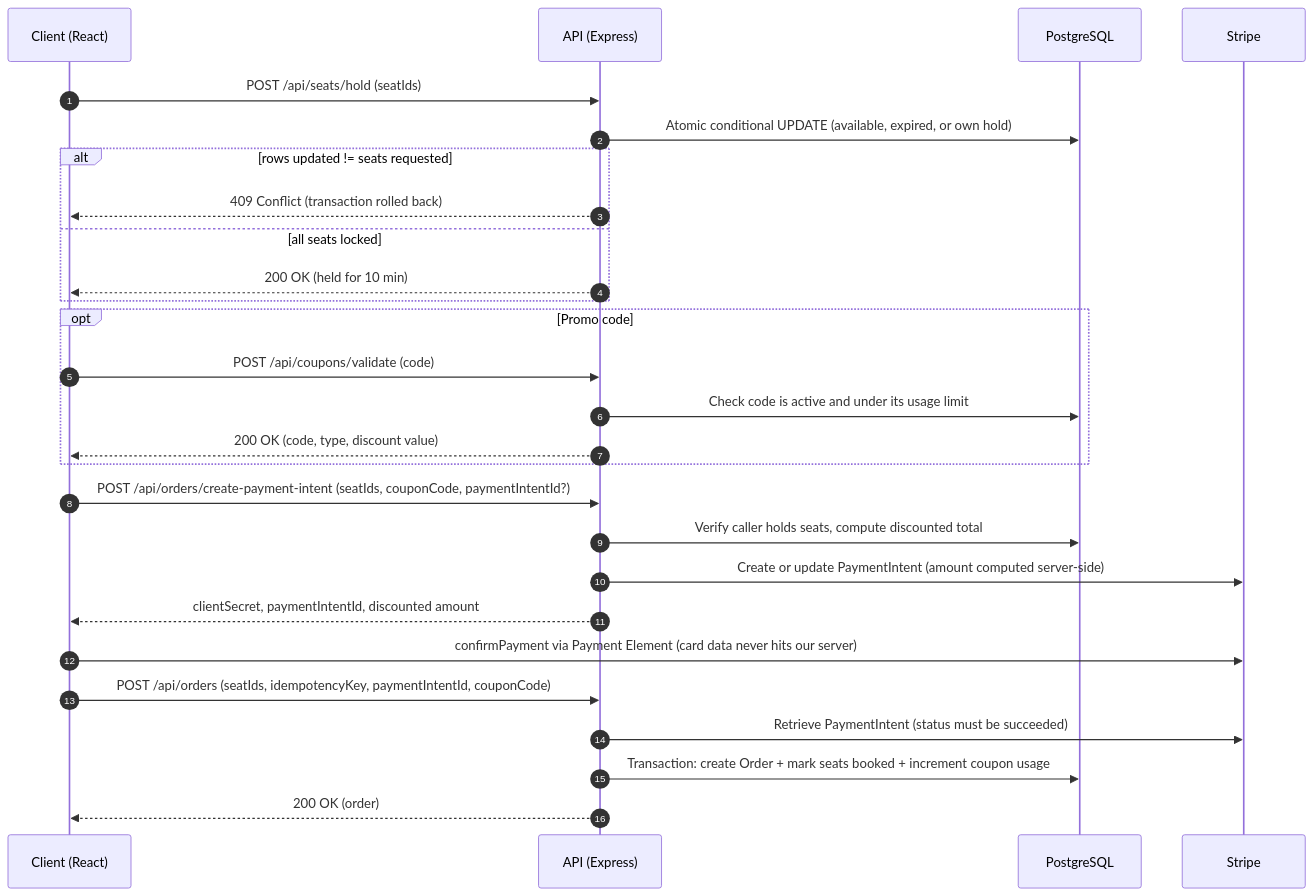
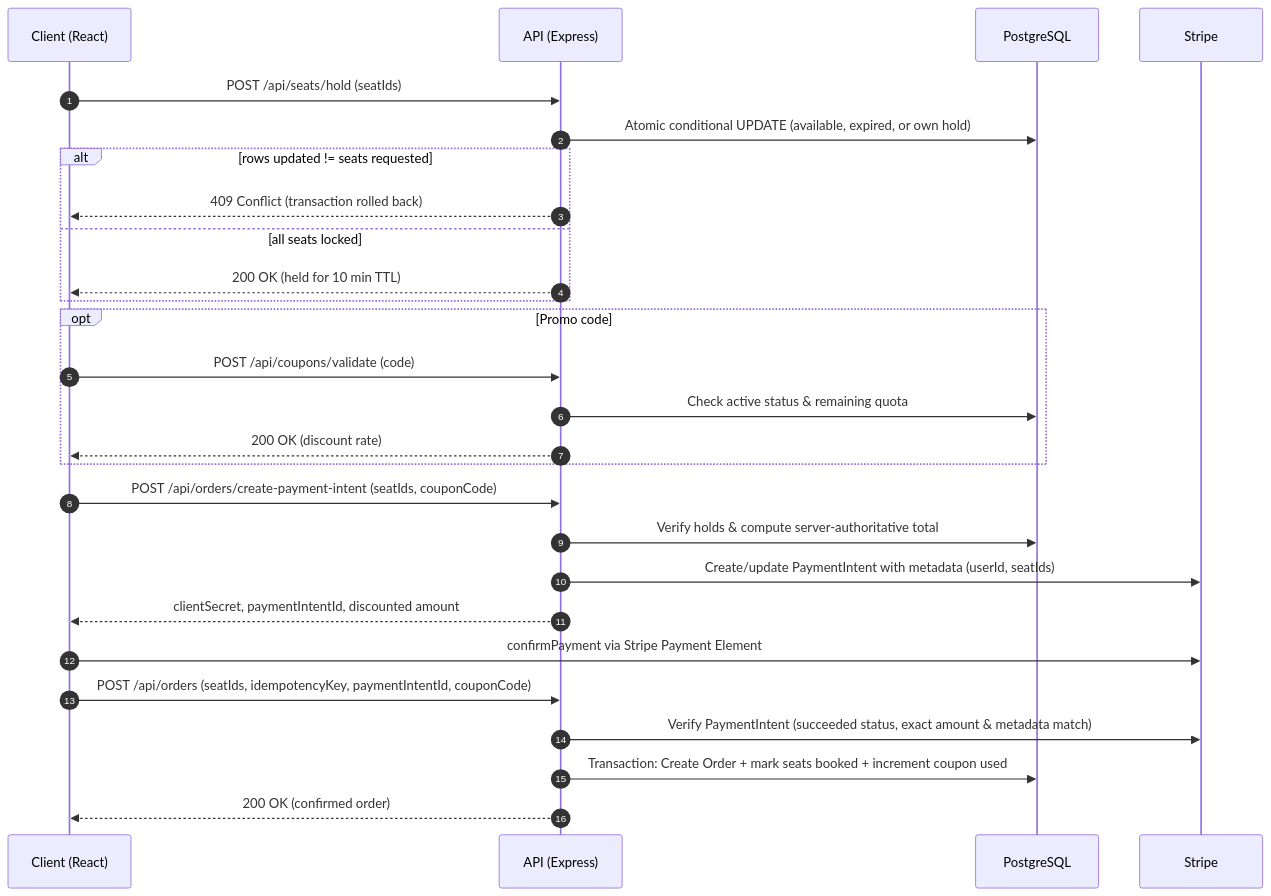
The first of 3 diagrams in README.md (ShubhamShuklaX/Evently), drawn with Mermaid before and after one commit. The commit also changed other lines of this file, not shown here.

````diff
--- a/README.md
+++ b/README.md
@@ -79,33 +28,33 @@
 ```mermaid
 sequenceDiagram
     autonumber
     participant C as Client (React)
     participant A as API (Express)
     participant D as PostgreSQL
     participant S as Stripe
 
     C->>A: POST /api/seats/hold (seatIds)
     A->>D: Atomic conditional UPDATE (available, expired, or own hold)
     alt rows updated != seats requested
         A-->>C: 409 Conflict (transaction rolled back)
     else all seats locked
-        A-->>C: 200 OK (held for 10 min)
+        A-->>C: 200 OK (held for 10 min TTL)
     end
 
     opt Promo code
         C->>A: POST /api/coupons/validate (code)
-        A->>D: Check code is active and under its usage limit
-        A-->>C: 200 OK (code, type, discount value)
+        A->>D: Check active status & remaining quota
+        A-->>C: 200 OK (discount rate)
     end
 
-    C->>A: POST /api/orders/create-payment-intent (seatIds, couponCode, paymentIntentId?)
-    A->>D: Verify caller holds seats, compute discounted total
-    A->>S: Create or update PaymentIntent (amount computed server-side)
+    C->>A: POST /api/orders/create-payment-intent (seatIds, couponCode)
+    A->>D: Verify holds & compute server-authoritative total
+    A->>S: Create/update PaymentIntent with metadata (userId, seatIds)
     A-->>C: clientSecret, paymentIntentId, discounted amount
 
-    C->>S: confirmPayment via Payment Element (card data never hits our server)
+    C->>S: confirmPayment via Stripe Payment Element
     C->>A: POST /api/orders (seatIds, idempotencyKey, paymentIntentId, couponCode)
-    A->>S: Retrieve PaymentIntent (status must be succeeded)
-    A->>D: Transaction: create Order + mark seats booked + increment coupon usage
-    A-->>C: 200 OK (order)
+    A->>S: Verify PaymentIntent (succeeded status, exact amount & metadata match)
+    A->>D: Transaction: Create Order + mark seats booked + increment coupon used
+    A-->>C: 200 OK (confirmed order)
 ```
````
